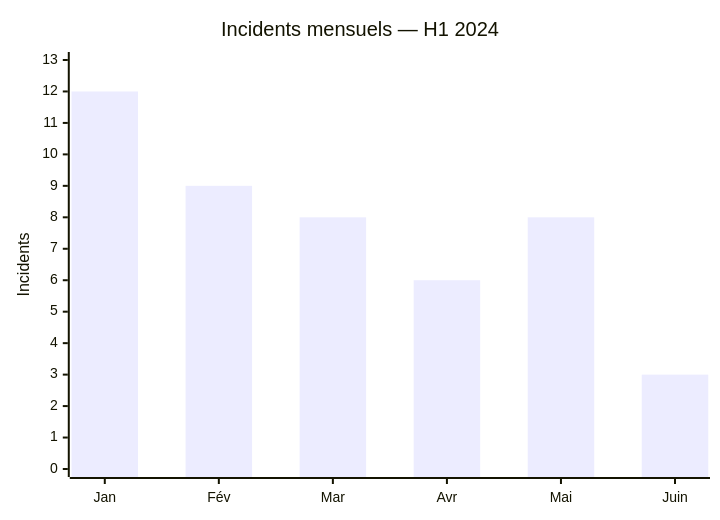
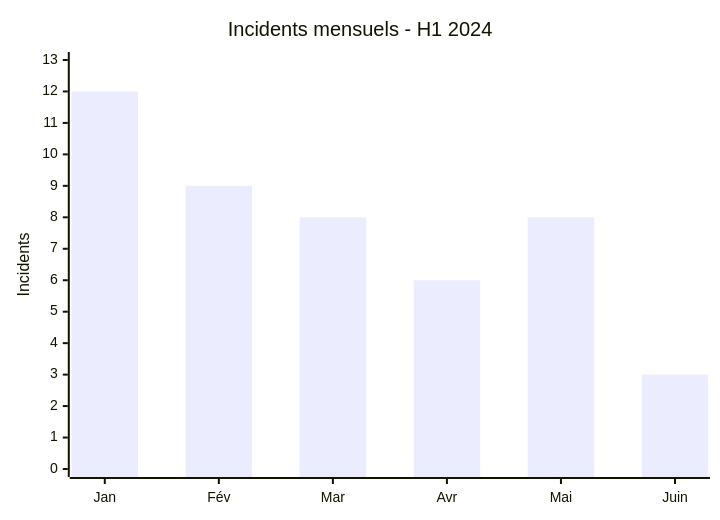
One commit to Hatchepsoute/AFRINTEL changed the first of 2 diagrams in CyberAttackAfrica/2024/README_H1_FR.md. Above: the diagram before and after it, drawn with Mermaid. The commit also changed other lines of this file and 182 other files, not shown here.

````diff
--- a/CyberAttackAfrica/2024/README_H1_FR.md
+++ b/CyberAttackAfrica/2024/README_H1_FR.md
@@ -43,7 +43,7 @@
 ```mermaid
 xychart
-    title "Incidents mensuels — H1 2024"
+    title "Incidents mensuels - H1 2024"
     x-axis ["Jan","Fév","Mar","Avr","Mai","Juin"]
     y-axis "Incidents" 0 --> 13
     bar [12,9,8,6,8,3]
 ```
````
